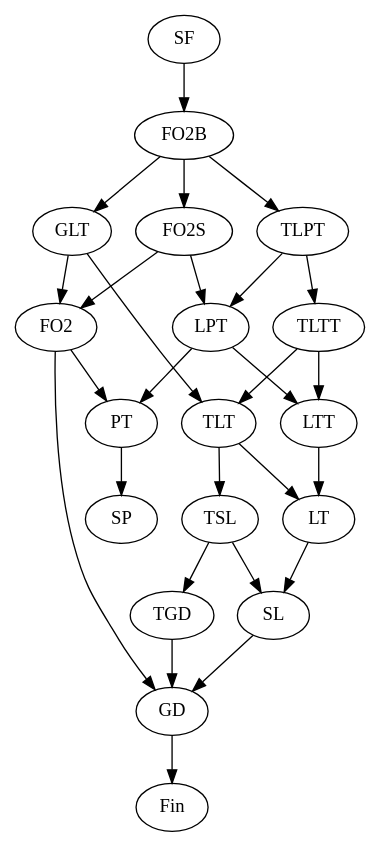
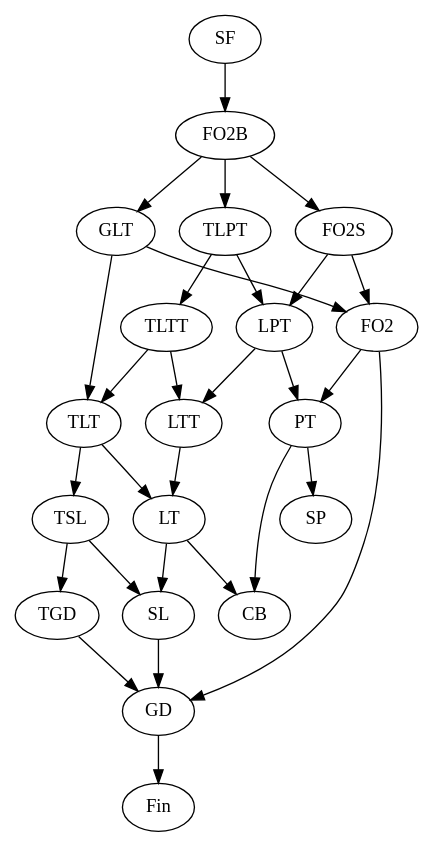
Before and after one commit to vvulpes0/Language-Toolkit-2: the diagram in hierarchy.dot, drawn with Graphviz. The commit also changed 5 other files, not shown here.

```diff
--- a/hierarchy.dot
+++ b/hierarchy.dot
@@ -1,28 +1,30 @@
 digraph subreg {
 SF -> FO2B;
 FO2B -> FO2S;
 FO2S -> FO2;
 FO2 -> PT;
 PT -> SP;
 LTT -> LT;
 LT -> SL;
 TLTT -> LTT;
 TLTT -> TLT;
 TLT -> LT;
 TLT -> TSL;
 TSL -> SL;
 FO2B -> GLT;
 GLT -> TLT;
 GLT -> FO2;
 FO2S -> LPT;
 LPT -> LTT;
 LPT -> PT;
 FO2B -> TLPT;
 TLPT -> TLTT;
 TLPT -> LPT;
 TSL -> TGD;
 TGD -> GD;
 FO2 -> GD;
 SL -> GD;
 GD -> Fin;
+PT -> CB;
+LT -> CB;
 }
```
